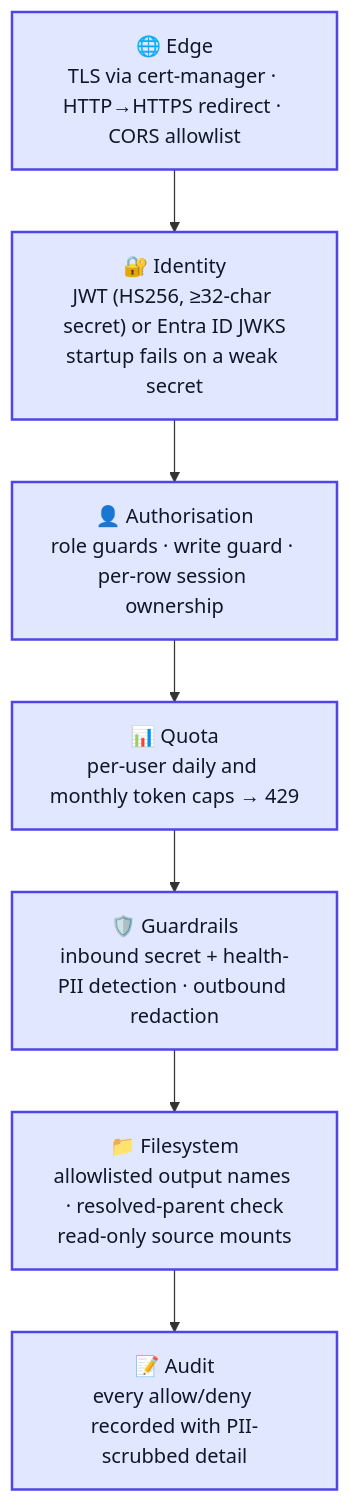
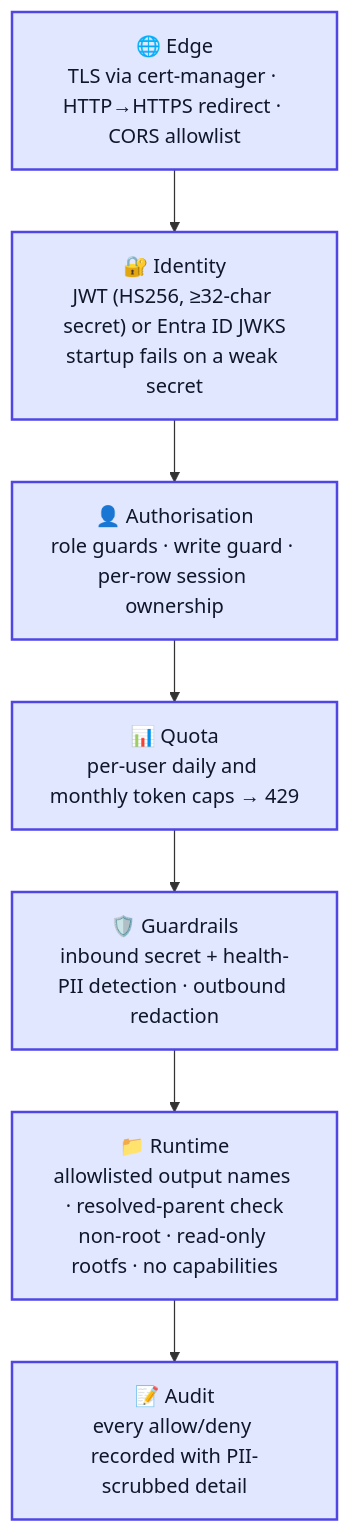
The third of 4 diagrams in README.md (shankasf/small_migration), drawn with Mermaid before and after one commit. The commit also changed other lines of this file, not shown here.

````diff
--- a/README.md
+++ b/README.md
@@ -150,15 +150,15 @@
 ```mermaid
 flowchart TD
     L1["🌐 Edge<br/>TLS via cert-manager · HTTP→HTTPS redirect · CORS allowlist"]
     L2["🔐 Identity<br/>JWT (HS256, ≥32-char secret) or Entra ID JWKS<br/>startup fails on a weak secret"]
     L3["👤 Authorisation<br/>role guards · write guard · per-row session ownership"]
     L4["📊 Quota<br/>per-user daily and monthly token caps → 429"]
     L5["🛡️ Guardrails<br/>inbound secret + health-PII detection · outbound redaction"]
-    L6["📁 Filesystem<br/>allowlisted output names · resolved-parent check<br/>read-only source mounts"]
+    L6["📁 Runtime<br/>allowlisted output names · resolved-parent check<br/>non-root · read-only rootfs · no capabilities"]
     L7["📝 Audit<br/>every allow/deny recorded with PII-scrubbed detail"]
 
     L1 --> L2 --> L3 --> L4 --> L5 --> L6 --> L7
 
     classDef layer fill:#e0e7ff,stroke:#4f46e5,stroke-width:2px,color:#0f172a
     class L1,L2,L3,L4,L5,L6,L7 layer
 ```
````
